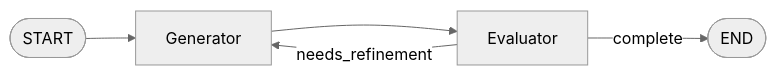
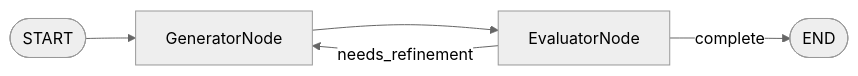
The fourth of 13 diagrams in act_operator/act_operator/scaffold/{{ cookiecutter.act_slug }}/.claude/skills/act-architect/resources/agentic-design-patterns.md (Proact0/Act-Operator), drawn with Mermaid (neutral theme) before and after one commit. The commit also changed other lines of this file and 9 other files, not shown here.

Commit message:
Update version to 0.2.4, add new template paths for improved project scaffolding, and enhance documentation for interactive conversation protocols in the act-architect skill.

````diff
--- a/act_operator/act_operator/scaffold/{{ cookiecutter.act_slug }}/.claude/skills/act-architect/resources/agentic-design-patterns.md
+++ b/act_operator/act_operator/scaffold/{{ cookiecutter.act_slug }}/.claude/skills/act-architect/resources/agentic-design-patterns.md
@@ -102,6 +105,7 @@
 ```mermaid
 graph LR
-    START([START]) --> Generator --> Evaluator
-    Evaluator -->|needs_refinement| Generator
-    Evaluator -->|complete| END([END])
+    START([START]) --> A[GeneratorNode]
+    A --> B[EvaluatorNode]
+    B -->|needs_refinement| A
+    B -->|complete| END([END])
 ```
````
